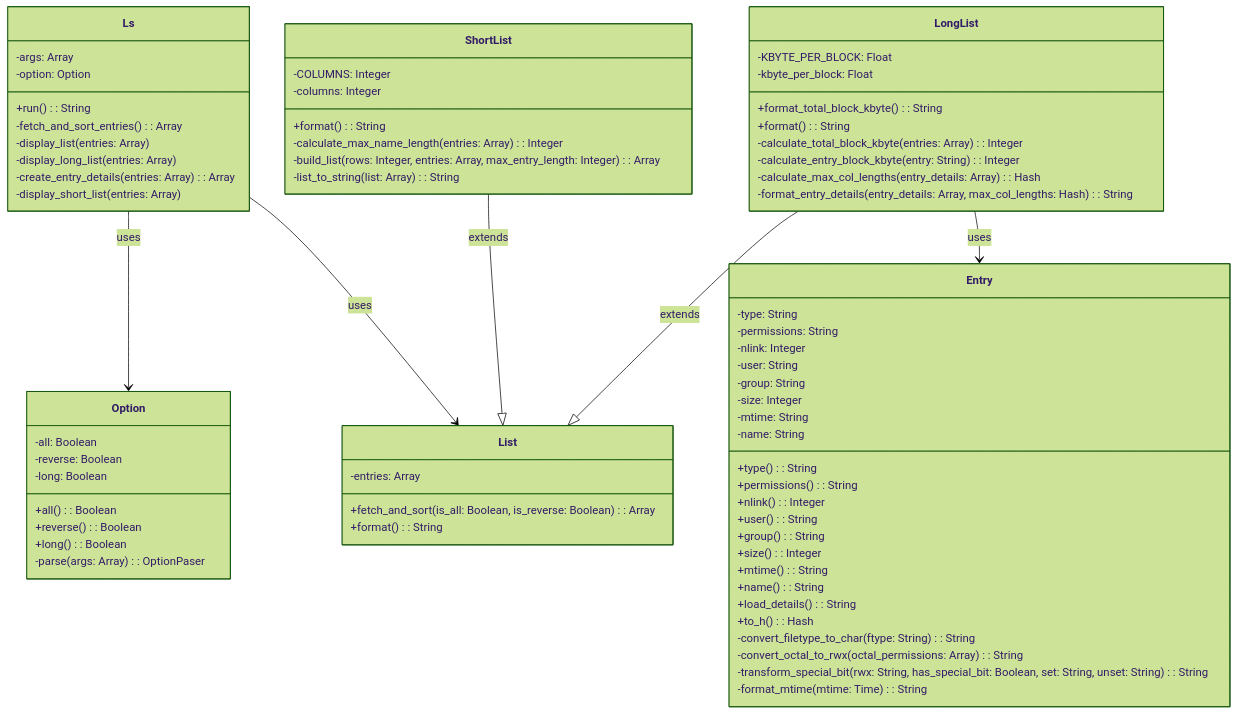
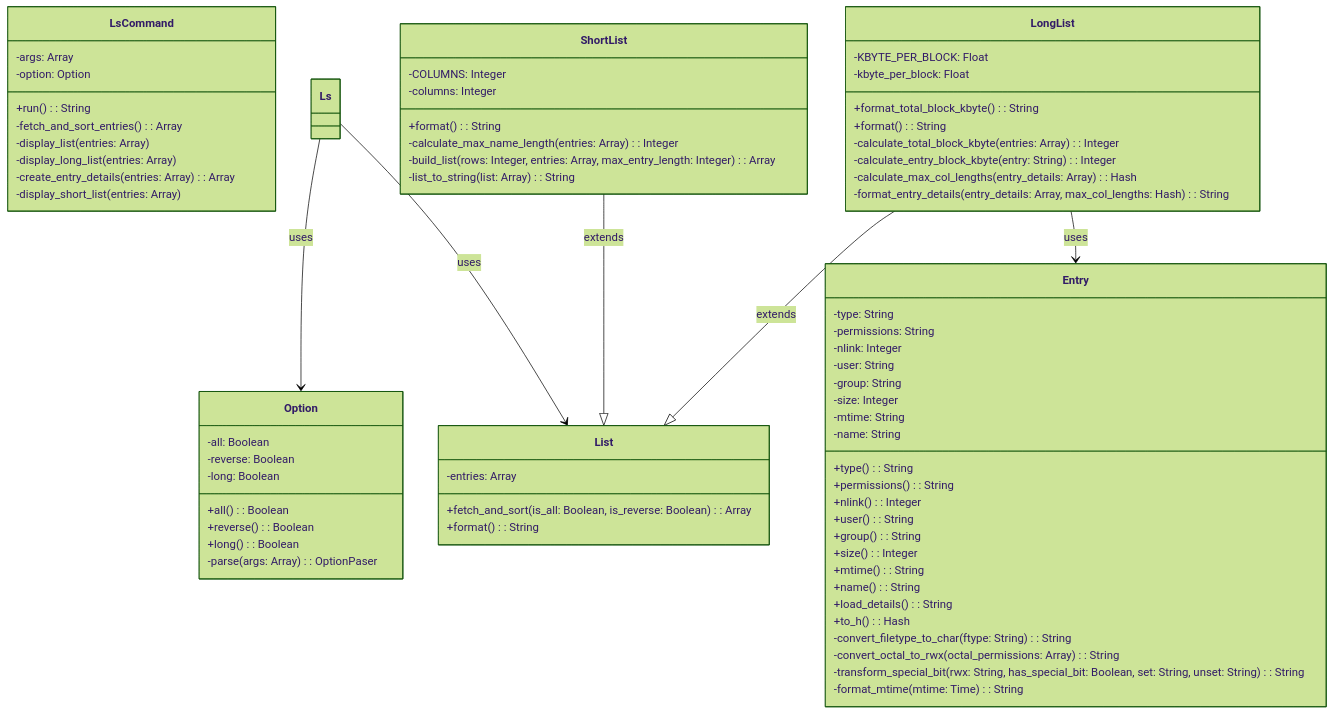
One commit to takao0206/ruby-practices changed the diagram in 07.ls_object/ls.md. Above: the diagram before and after it, drawn with Mermaid (forest theme). The commit also changed 2 other files, not shown here.

Commit message:
クラスを定義するファイルと、クラスを実行するファイルを分割。

````diff
--- a/07.ls_object/ls.md
+++ b/07.ls_object/ls.md
@@ -1,74 +1,74 @@
 ```mermaid
 classDiagram
-    class Ls {
+    class LsCommand {
         -args: Array
         -option: Option
         +run(): String
         -fetch_and_sort_entries(): Array
         -display_list(entries: Array)
         -display_long_list(entries: Array)
         -create_entry_details(entries: Array): Array
         -display_short_list(entries: Array)
     }
     class Option {
         -all: Boolean
         -reverse: Boolean
         -long: Boolean
         +all(): Boolean
         +reverse(): Boolean
         +long(): Boolean
         -parse(args: Array): OptionPaser
     }
     class List {
         -entries: Array
         +fetch_and_sort(is_all: Boolean, is_reverse: Boolean): Array
         +format(): String
     }
     class ShortList {
         -COLUMNS: Integer
         -columns: Integer
         +format(): String
         -calculate_max_name_length(entries: Array): Integer
         -build_list(rows: Integer, entries: Array, max_entry_length: Integer): Array
         -list_to_string(list: Array): String
     }
     class LongList {
         -KBYTE_PER_BLOCK: Float
         -kbyte_per_block: Float
         +format_total_block_kbyte(): String
         +format(): String
         -calculate_total_block_kbyte(entries: Array): Integer
         -calculate_entry_block_kbyte(entry: String): Integer
         -calculate_max_col_lengths(entry_details: Array): Hash
         -format_entry_details(entry_details: Array, max_col_lengths: Hash): String
     }
     class Entry {
         -type: String
         -permissions: String
         -nlink: Integer
         -user: String
         -group: String
         -size: Integer
         -mtime: String
         -name: String
         +type(): String
         +permissions(): String
         +nlink(): Integer
         +user(): String
         +group(): String
         +size(): Integer
         +mtime(): String
         +name(): String
         +load_details(): String
         +to_h(): Hash
         -convert_filetype_to_char(ftype: String): String
         -convert_octal_to_rwx(octal_permissions: Array): String
         -transform_special_bit(rwx: String, has_special_bit: Boolean, set: String, unset: String): String
         -format_mtime(mtime: Time): String
     }
     Ls --> Option : uses
     Ls --> List : uses
     ShortList --|> List : extends
     LongList --|> List : extends
     LongList --> Entry : uses
 ```
````
